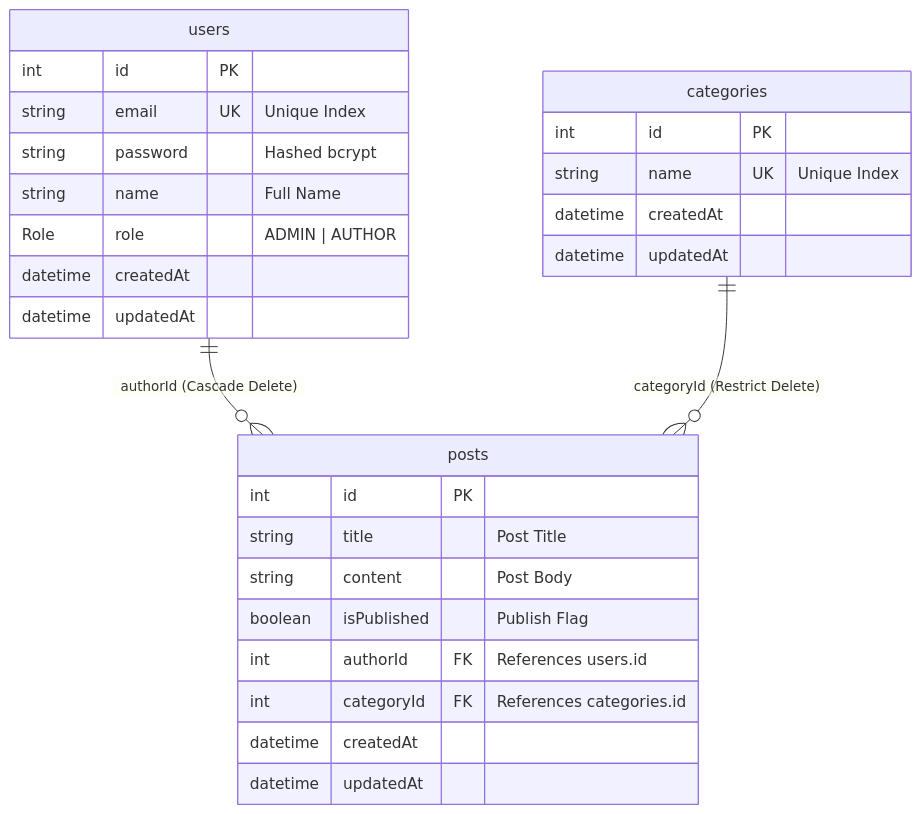
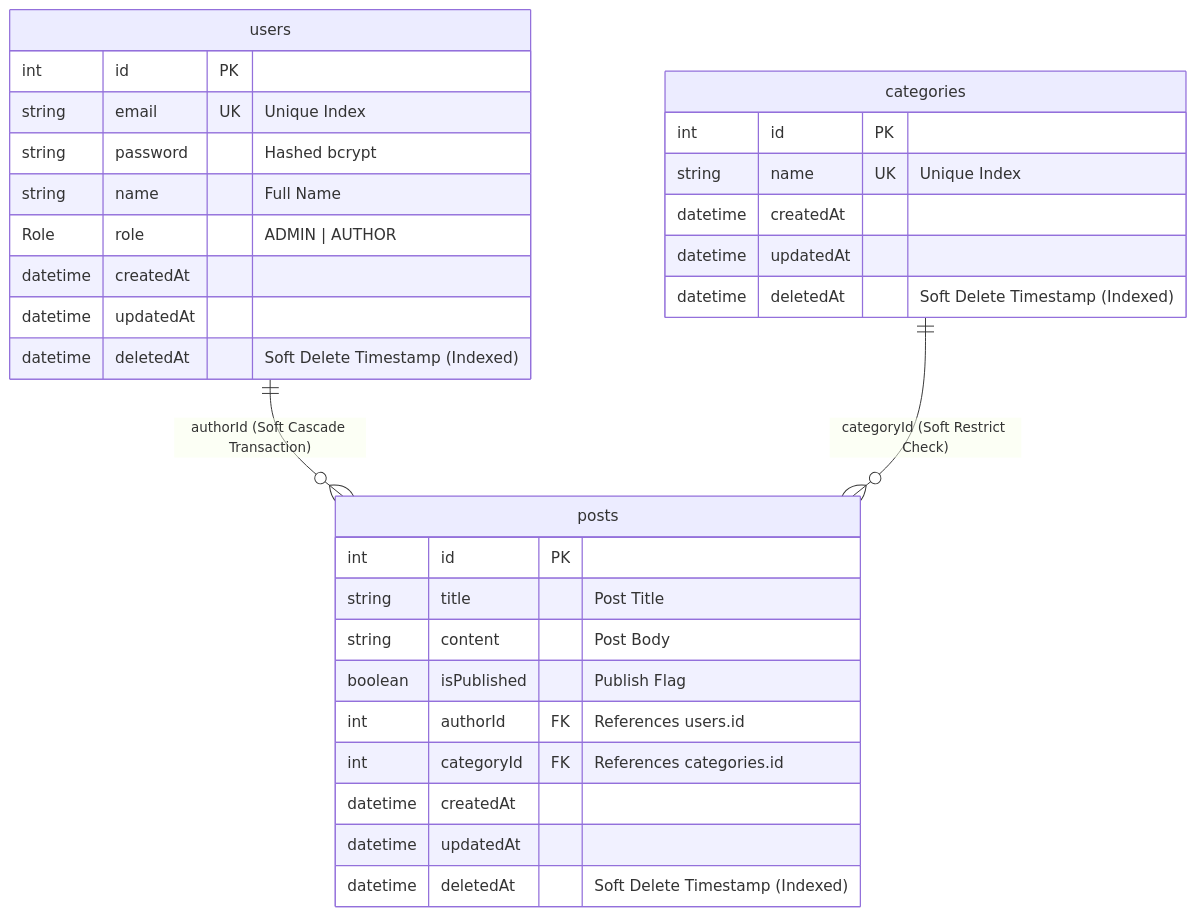
The second of 7 diagrams in docs/blog-api-guide.md (AranGit/nestjs-prisma-blog-api), drawn with Mermaid before and after one commit. The commit also changed other lines of this file and 12 other files, not shown here.

First line of the commit message:
feat: implement soft delete and update project documentation

````diff
--- a/docs/blog-api-guide.md
+++ b/docs/blog-api-guide.md
@@ -69,33 +69,36 @@
 ```mermaid
 erDiagram
-    users ||--o{ posts : "authorId (Cascade Delete)"
-    categories ||--o{ posts : "categoryId (Restrict Delete)"
+    users ||--o{ posts : "authorId (Soft Cascade Transaction)"
+    categories ||--o{ posts : "categoryId (Soft Restrict Check)"
 
     users {
         int id PK
         string email UK "Unique Index"
         string password "Hashed bcrypt"
         string name "Full Name"
         Role role "ADMIN | AUTHOR"
         datetime createdAt
         datetime updatedAt
+        datetime deletedAt "Soft Delete Timestamp (Indexed)"
     }
 
     categories {
         int id PK
         string name UK "Unique Index"
         datetime createdAt
         datetime updatedAt
+        datetime deletedAt "Soft Delete Timestamp (Indexed)"
     }
 
     posts {
         int id PK
         string title "Post Title"
         string content "Post Body"
         boolean isPublished "Publish Flag"
         int authorId FK "References users.id"
         int categoryId FK "References categories.id"
         datetime createdAt
         datetime updatedAt
+        datetime deletedAt "Soft Delete Timestamp (Indexed)"
     }
 ```
````
